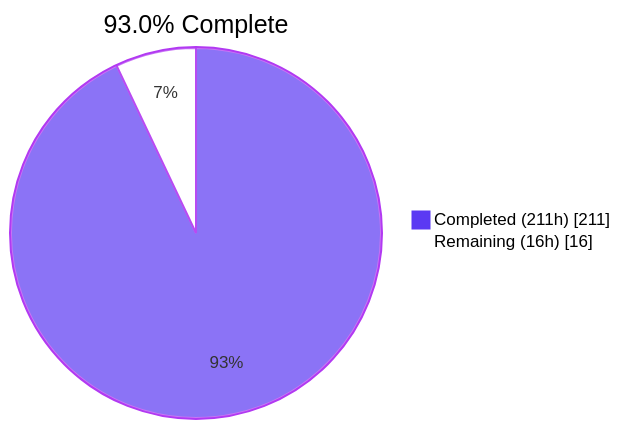
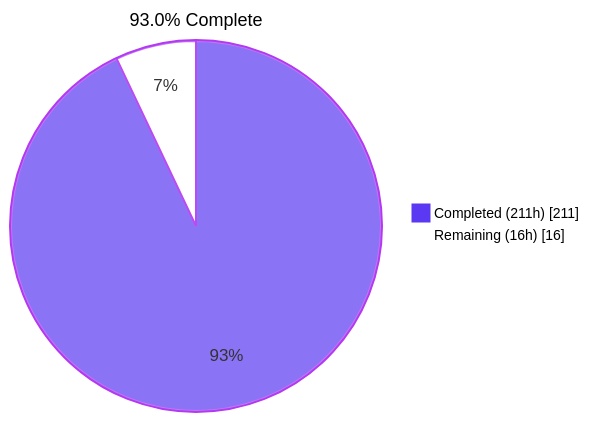
One commit to Blitzy-Sandbox/blitzy-localgcp changed the first of 4 diagrams in blitzy/documentation/Project Guide.md. Above: the diagram before and after it, drawn with Mermaid. The commit also changed other lines of this file, not shown here.

````diff
--- a/blitzy/documentation/Project Guide.md
+++ b/blitzy/documentation/Project Guide.md
@@ -17,6 +18,6 @@
 ```mermaid
-%%{init: {'themeVariables': {'pie1':'#5B39F3','pie2':'#FFFFFF','pieStrokeColor':'#B23AF2','pieOuterStrokeColor':'#B23AF2'}}}%%
+%%{init: {'themeVariables': {'pie1':'#5B39F3','pie2':'#FFFFFF','pieStrokeColor':'#B23AF2','pieOuterStrokeColor':'#B23AF2','pieTitleTextSize':'18px','pieLegendTextSize':'14px'}}}%%
 pie showData title 93.0% Complete
     "Completed (211h)" : 211
     "Remaining (16h)" : 16
 ```
````
